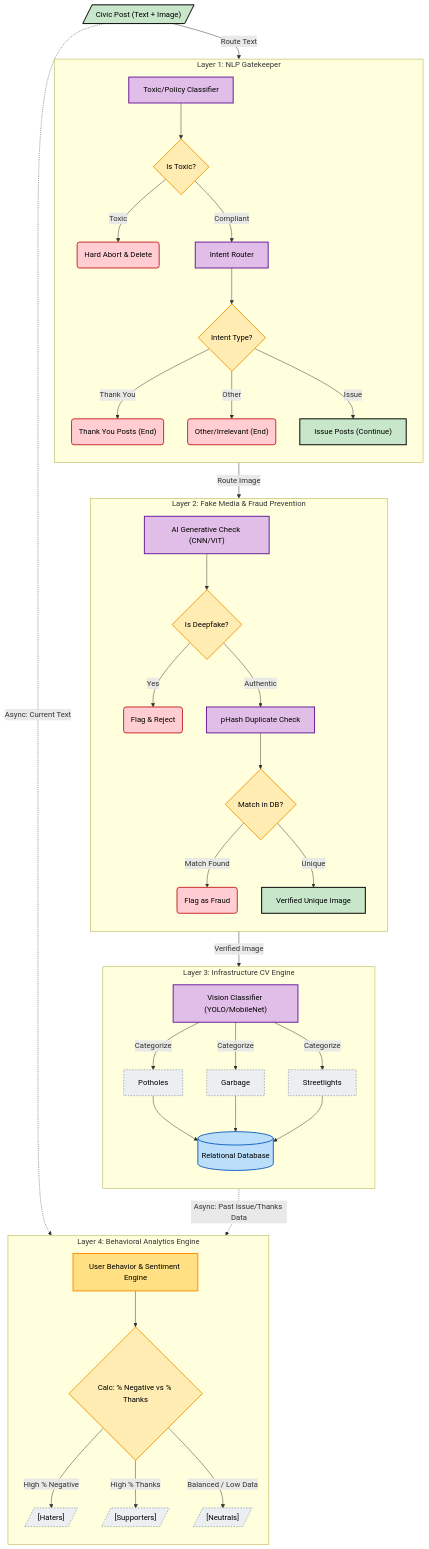
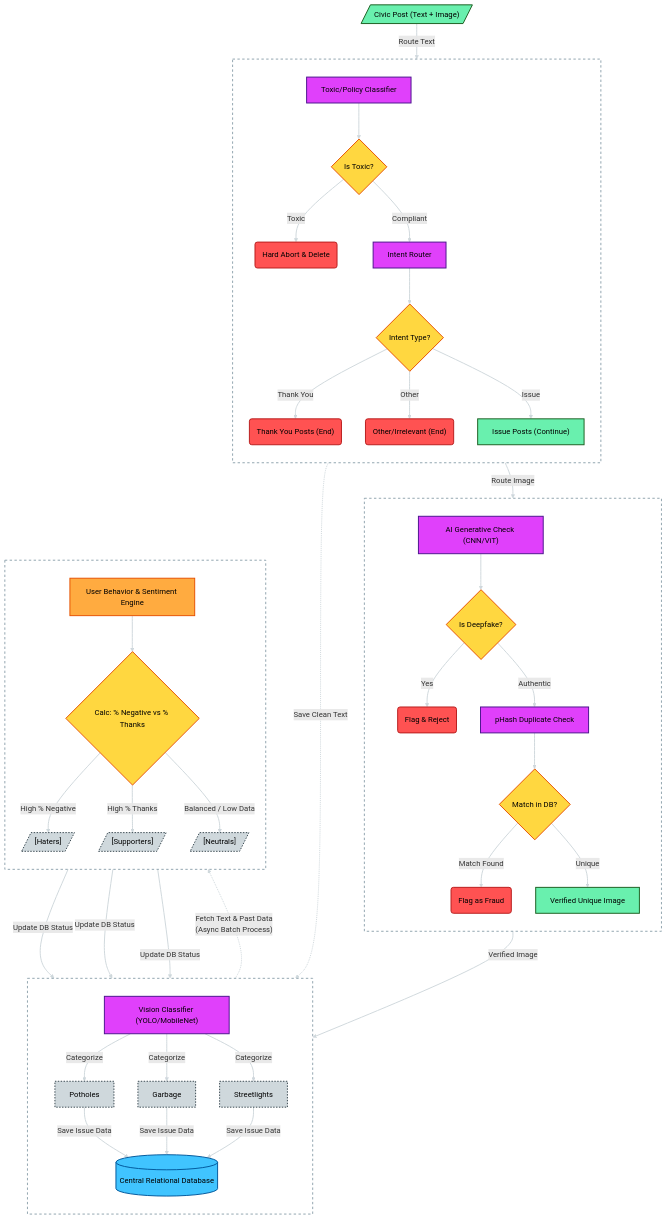
The second of 7 diagrams in README.md (AryanSahu321/Civic-Issue-Reporting), drawn with Mermaid before and after one commit. The commit also changed other lines of this file, not shown here.

Commit message:
Enhance README with geotagging phase and styling updates
Added new phase for geotagging and updated styling for nodes and links.

````diff
--- a/README.md
+++ b/README.md
@@ -130,19 +141,23 @@
 ```mermaid
 graph TD
-    %% ----- STYLING & CLASSES -----
-    classDef input fill:#c8e6c9,stroke:#000000,stroke-width:2px,color:#000;
-    classDef model fill:#e1bee7,stroke:#6a1b9a,stroke-width:2px,color:#000;
-    classDef decision fill:#ffecb3,stroke:#f39c12,stroke-width:2px,color:#000;
-    classDef terminal fill:#ffcdd2,stroke:#c62828,stroke-width:2px,color:#000;
-    classDef db fill:#bbdefb,stroke:#1565c0,stroke-width:2px,color:#000;
-    classDef bucket fill:#eceff1,stroke:#546e7a,stroke-width:1px,stroke-dasharray: 3 3,color:#000;
-    classDef engine fill:#ffe082,stroke:#ff8f00,stroke-width:2px,color:#000;
+    %% ==========================================
+    %% GLOBAL STYLING (DARK THEME OPTIMIZED)
+    %% ==========================================
+    linkStyle default stroke:#cfd8dc,stroke-width:2px,fill:none;
+
+    classDef input fill:#69f0ae,stroke:#1b5e20,stroke-width:2px,color:#000;
+    classDef model fill:#e040fb,stroke:#4a148c,stroke-width:2px,color:#000;
+    classDef decision fill:#ffd740,stroke:#e65100,stroke-width:2px,color:#000;
+    classDef terminal fill:#ff5252,stroke:#b71c1c,stroke-width:2px,color:#000;
+    classDef db fill:#40c4ff,stroke:#01579b,stroke-width:2px,color:#000;
+    classDef bucket fill:#cfd8dc,stroke:#37474f,stroke-width:2px,stroke-dasharray: 3 3,color:#000;
+    classDef engine fill:#ffab40,stroke:#e65100,stroke-width:2px,color:#000;
 
     %% ----- 1. USER INPUT -----
     Input[/"Civic Post (Text + Image)"/]:::input
 
     %% ----- 2. LAYER 1: NLP GATEKEEPER -----
-    subgraph Layer_1 [Layer 1: NLP Gatekeeper]
+    subgraph Layer_1 ["Layer 1: NLP Gatekeeper"]
         direction TB
         ToxicClass["Toxic/Policy Classifier"]:::model
         CheckToxic{"Is Toxic?"}:::decision
@@ -154,17 +169,17 @@
         IssuePosts["Issue Posts (Continue)"]:::input
     end
 
-    Input -->|Route Text| ToxicClass
+    Input -->|"Route Text"| ToxicClass
     ToxicClass --> CheckToxic
-    CheckToxic -->|Toxic| Abort
-    CheckToxic -->|Compliant| IntentRouter
+    CheckToxic -->|"Toxic"| Abort
+    CheckToxic -->|"Compliant"| IntentRouter
     IntentRouter --> CheckIntent
-    CheckIntent -->|Thank You| ThankYou
-    CheckIntent -->|Other| OtherPosts
-    CheckIntent -->|Issue| IssuePosts
+    CheckIntent -->|"Thank You"| ThankYou
+    CheckIntent -->|"Other"| OtherPosts
+    CheckIntent -->|"Issue"| IssuePosts
 
     %% ----- 3. LAYER 2: FAKE MEDIA & FRAUD PREVENTION -----
-    subgraph Layer_2 [Layer 2: Fake Media & Fraud Prevention]
+    subgraph Layer_2 ["Layer 2: Fake Media & Fraud Prevention"]
         direction TB
         GenCheck["AI Generative Check (CNN/ViT)"]:::model
         CheckDeepfake{"Is Deepfake?"}:::decision
@@ -175,34 +190,37 @@
         UniqueImage["Verified Unique Image"]:::input
     end
 
-    IssuePosts -->|Route Image| GenCheck
+    IssuePosts -->|"Route Image"| GenCheck
     GenCheck --> CheckDeepfake
-    CheckDeepfake -->|Yes| RejectFake
-    CheckDeepfake -->|Authentic| pHash
+    CheckDeepfake -->|"Yes"| RejectFake
+    CheckDeepfake -->|"Authentic"| pHash
     pHash --> CheckDB
-    CheckDB -->|Match Found| RejectFraud
-    CheckDB -->|Unique| UniqueImage
+    CheckDB -->|"Match Found"| RejectFraud
+    CheckDB -->|"Unique"| UniqueImage
 
     %% ----- 4. LAYER 3: INFRASTRUCTURE CV ENGINE -----
-    subgraph Layer_3 [Layer 3: Infrastructure CV Engine]
+    subgraph Layer_3 ["Layer 3: Infrastructure CV Engine"]
         direction TB
         VisionClass["Vision Classifier (YOLO/MobileNet)"]:::model
         CatPotholes["Potholes"]:::bucket
         CatGarbage["Garbage"]:::bucket
         CatLights["Streetlights"]:::bucket
-        FinalDB[("Relational Database")]:::db
+        FinalDB[("Central Relational Database")]:::db
     end
 
-    UniqueImage -->|Verified Image| VisionClass
-    VisionClass -->|Categorize| CatPotholes
-    VisionClass -->|Categorize| CatGarbage
-    VisionClass -->|Categorize| CatLights
-    CatPotholes --> FinalDB
-    CatGarbage --> FinalDB
-    CatLights --> FinalDB
+    UniqueImage -->|"Verified Image"| VisionClass
+    VisionClass -->|"Categorize"| CatPotholes
+    VisionClass -->|"Categorize"| CatGarbage
+    VisionClass -->|"Categorize"| CatLights
+    
+    %% Save classified issues and clean text to DB
+    CatPotholes -->|"Save Issue Data"| FinalDB
+    CatGarbage -->|"Save Issue Data"| FinalDB
+    CatLights -->|"Save Issue Data"| FinalDB
+    IssuePosts -.->|"Save Clean Text"| FinalDB
 
     %% ----- 5. LAYER 4: BEHAVIORAL ANALYTICS -----
-    subgraph Layer_4 [Layer 4: Behavioral Analytics Engine]
+    subgraph Layer_4 ["Layer 4: Behavioral Analytics Engine"]
         direction TB
         BehaviorEngine["User Behavior & Sentiment Engine"]:::engine
         RatioCalc{"Calc: % Negative vs % Thanks"}:::decision
@@ -211,13 +229,24 @@
         Neutrals[/"[Neutrals]"/]:::bucket
     end
 
-    %% Dotted asynchronous connection from Input AND Database
-    Input -.->|Async: Current Text| BehaviorEngine
-    FinalDB -.->|Async: Past Issue/Thanks Data| BehaviorEngine
+    %% NEW LOGIC: Engine ONLY pulls from DB, not from Input
+    FinalDB -.->|"Fetch Text & Past Data<br>(Async Batch Process)"| BehaviorEngine
     
-    %% Engine calculates the ratio and routes to buckets
     BehaviorEngine --> RatioCalc
-    RatioCalc -->|High % Negative| Haters
-    RatioCalc -->|High % Thanks| Supporters
-    RatioCalc -->|Balanced / Low Data| Neutrals
+    RatioCalc -->|"High % Negative"| Haters
+    RatioCalc -->|"High % Thanks"| Supporters
+    RatioCalc -->|"Balanced / Low Data"| Neutrals
+
+    %% NEW LOGIC: Push results back to DB
+    Haters -->|"Update DB Status"| FinalDB
+    Supporters -->|"Update DB Status"| FinalDB
+    Neutrals -->|"Update DB Status"| FinalDB
+
+    %% ==========================================
+    %% SUBGRAPH TRANSPARENCY & DARK TEXT FIX
+    %% ==========================================
+    style Layer_1 fill:transparent,stroke:#90a4ae,stroke-width:2px,stroke-dasharray: 5 5,color:#ffffff
+    style Layer_2 fill:transparent,stroke:#90a4ae,stroke-width:2px,stroke-dasharray: 5 5,color:#ffffff
+    style Layer_3 fill:transparent,stroke:#90a4ae,stroke-width:2px,stroke-dasharray: 5 5,color:#ffffff
+    style Layer_4 fill:transparent,stroke:#90a4ae,stroke-width:2px,stroke-dasharray: 5 5,color:#ffffff
 ```
````
